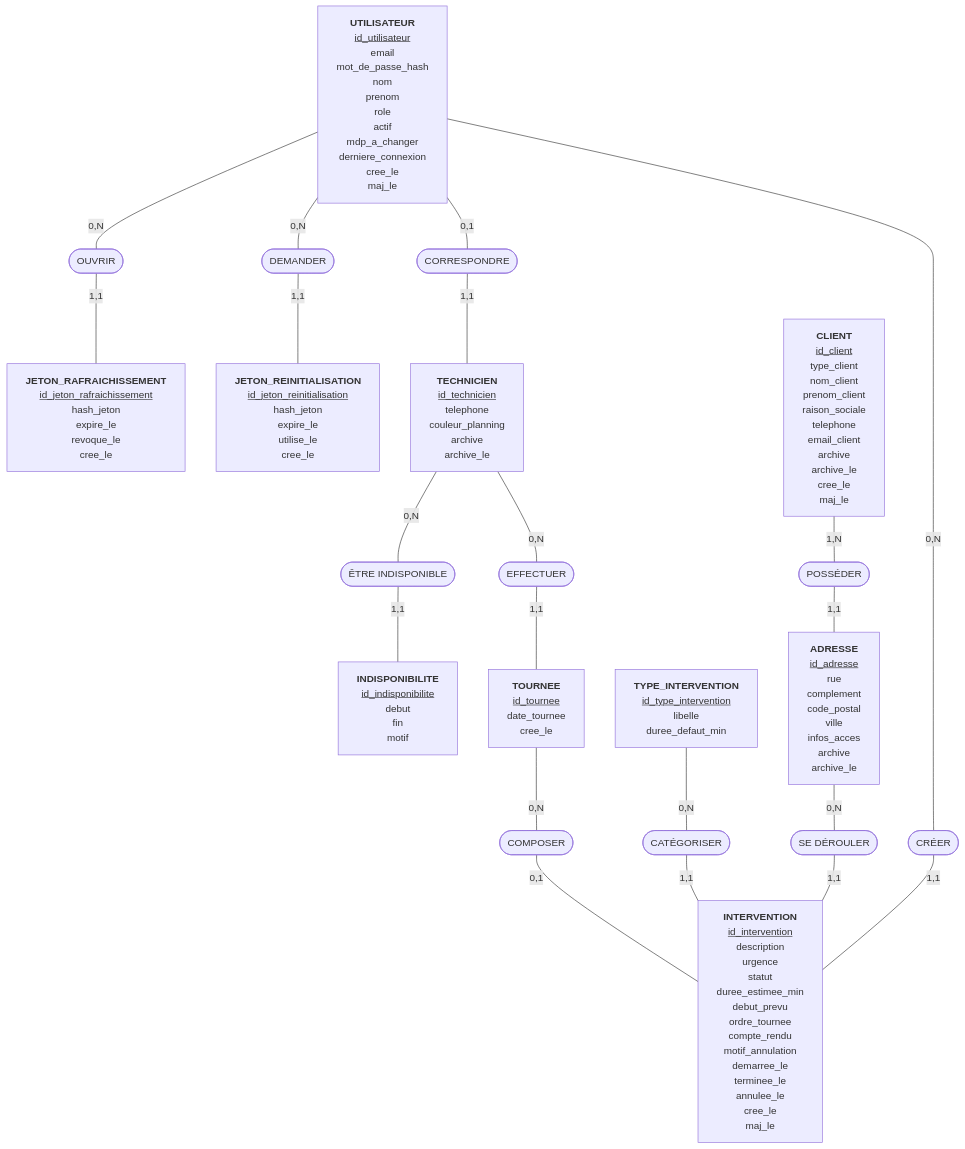
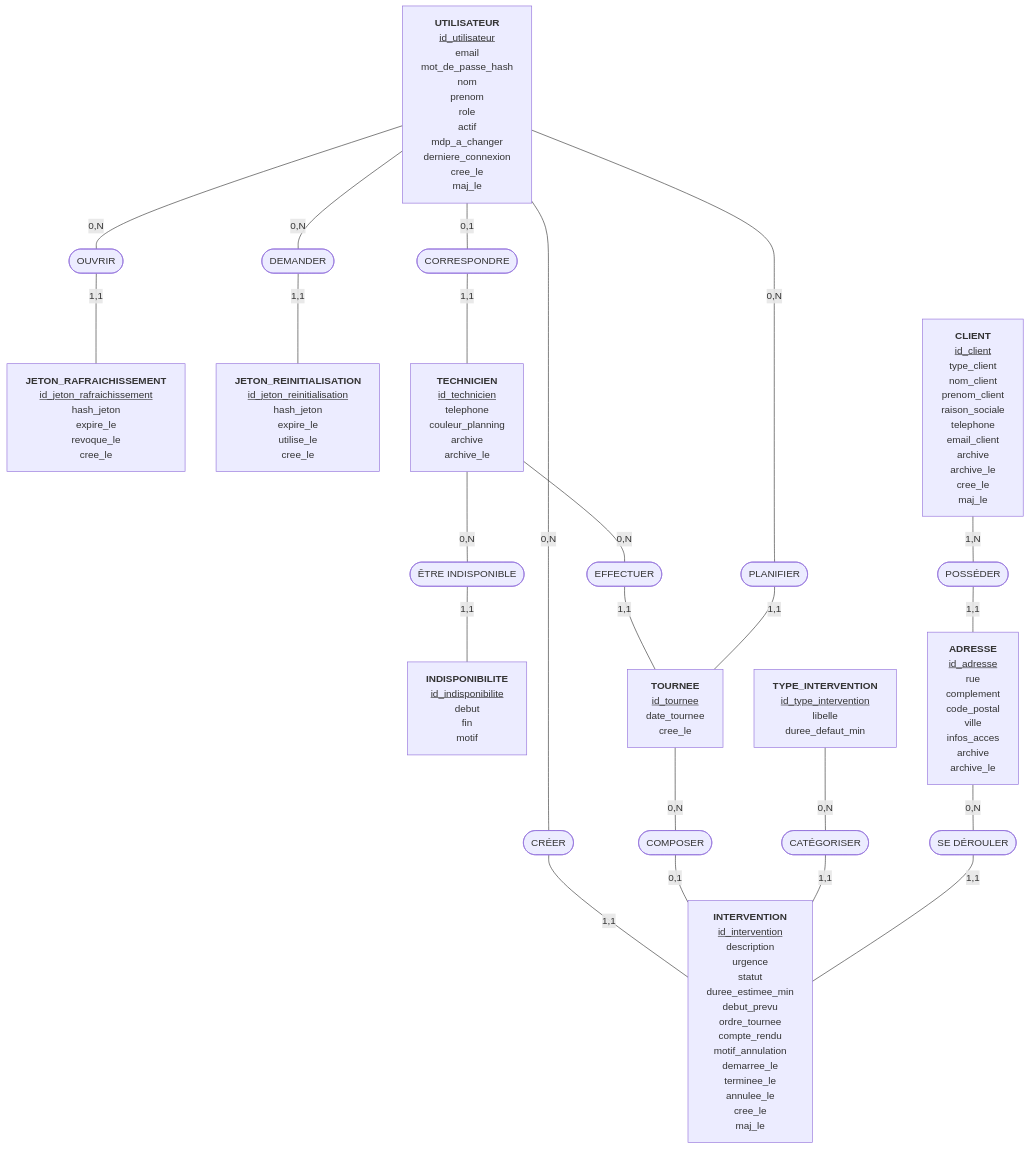
Before and after one commit to Falkor555/plumbly-msp2: the first of 2 diagrams in docs/modele-donnees.md, drawn with Mermaid. The commit also changed other lines of this file and 2 other files, not shown here.

````diff
--- a/docs/modele-donnees.md
+++ b/docs/modele-donnees.md
@@ -131,38 +135,40 @@
 ```mermaid
 flowchart TB
     %% ---------- Entités ----------
     UTILISATEUR["<b>UTILISATEUR</b><br/><u>id_utilisateur</u><br/>email<br/>mot_de_passe_hash<br/>nom<br/>prenom<br/>role<br/>actif<br/>mdp_a_changer<br/>derniere_connexion<br/>cree_le<br/>maj_le"]
     JETON_R["<b>JETON_RAFRAICHISSEMENT</b><br/><u>id_jeton_rafraichissement</u><br/>hash_jeton<br/>expire_le<br/>revoque_le<br/>cree_le"]
     JETON_I["<b>JETON_REINITIALISATION</b><br/><u>id_jeton_reinitialisation</u><br/>hash_jeton<br/>expire_le<br/>utilise_le<br/>cree_le"]
     TECHNICIEN["<b>TECHNICIEN</b><br/><u>id_technicien</u><br/>telephone<br/>couleur_planning<br/>archive<br/>archive_le"]
     INDISPONIBILITE["<b>INDISPONIBILITE</b><br/><u>id_indisponibilite</u><br/>debut<br/>fin<br/>motif"]
     TOURNEE["<b>TOURNEE</b><br/><u>id_tournee</u><br/>date_tournee<br/>cree_le"]
     INTERVENTION["<b>INTERVENTION</b><br/><u>id_intervention</u><br/>description<br/>urgence<br/>statut<br/>duree_estimee_min<br/>debut_prevu<br/>ordre_tournee<br/>compte_rendu<br/>motif_annulation<br/>demarree_le<br/>terminee_le<br/>annulee_le<br/>cree_le<br/>maj_le"]
     TYPE["<b>TYPE_INTERVENTION</b><br/><u>id_type_intervention</u><br/>libelle<br/>duree_defaut_min"]
     ADRESSE["<b>ADRESSE</b><br/><u>id_adresse</u><br/>rue<br/>complement<br/>code_postal<br/>ville<br/>infos_acces<br/>archive<br/>archive_le"]
     CLIENT["<b>CLIENT</b><br/><u>id_client</u><br/>type_client<br/>nom_client<br/>prenom_client<br/>raison_sociale<br/>telephone<br/>email_client<br/>archive<br/>archive_le<br/>cree_le<br/>maj_le"]
 
     %% ---------- Associations ----------
     OUVRIR([OUVRIR])
     DEMANDER([DEMANDER])
     CORRESPONDRE([CORRESPONDRE])
     CREER([CRÉER])
     INDISPO([ÊTRE INDISPONIBLE])
     EFFECTUER([EFFECTUER])
     COMPOSER([COMPOSER])
     CATEGORISER([CATÉGORISER])
     DEROULER([SE DÉROULER])
     POSSEDER([POSSÉDER])
+    PLANIFIER([PLANIFIER])
 
     %% ---------- Liens et cardinalités ----------
     UTILISATEUR ---|"0,N"| OUVRIR ---|"1,1"| JETON_R
     UTILISATEUR ---|"0,N"| DEMANDER ---|"1,1"| JETON_I
     UTILISATEUR ---|"0,1"| CORRESPONDRE ---|"1,1"| TECHNICIEN
     UTILISATEUR ---|"0,N"| CREER ---|"1,1"| INTERVENTION
     TECHNICIEN ---|"0,N"| INDISPO ---|"1,1"| INDISPONIBILITE
     TECHNICIEN ---|"0,N"| EFFECTUER ---|"1,1"| TOURNEE
     TOURNEE ---|"0,N"| COMPOSER ---|"0,1"| INTERVENTION
     TYPE ---|"0,N"| CATEGORISER ---|"1,1"| INTERVENTION
     ADRESSE ---|"0,N"| DEROULER ---|"1,1"| INTERVENTION
     CLIENT ---|"1,N"| POSSEDER ---|"1,1"| ADRESSE
+    UTILISATEUR ---|"0,N"| PLANIFIER ---|"1,1"| TOURNEE
 ```
````
